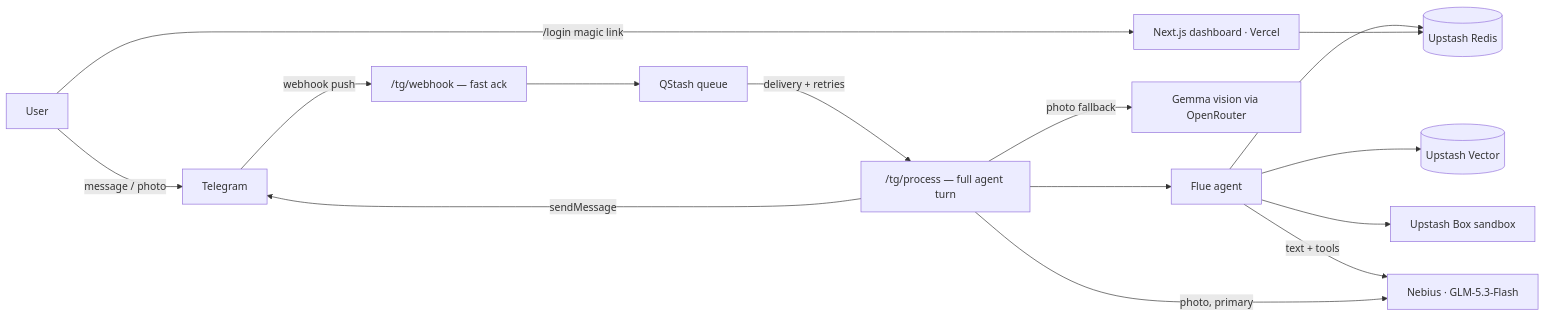
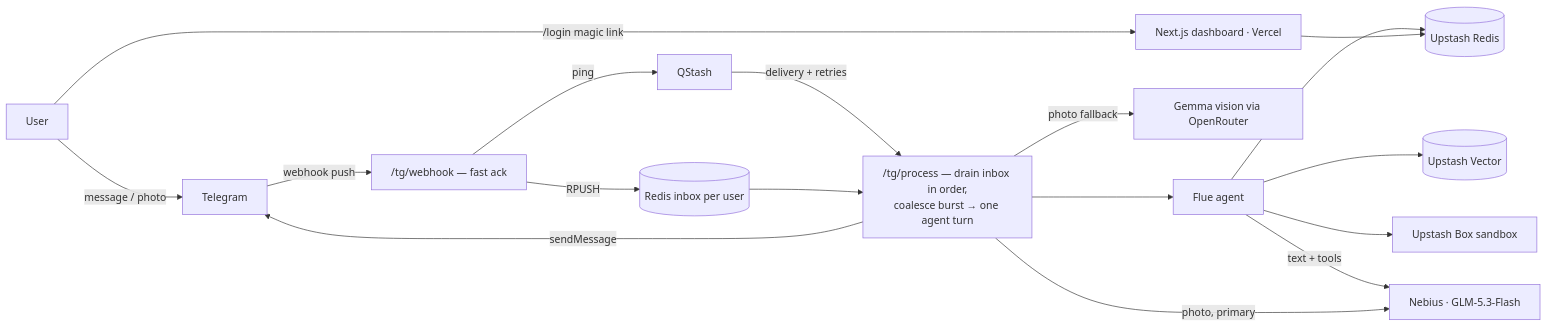
The diagram in README.md (kerandia/calorie-track-agent-harness), drawn with Mermaid before and after one commit. The commit also changed other lines of this file and 8 other files, not shown here.

First line of the commit message:
Per-user inbox + one turn per burst, photo memory, persona as Flue role

````diff
--- a/README.md
+++ b/README.md
@@ -20,17 +22,19 @@
 ```mermaid
 graph LR
   U[User] -->|message / photo| TG[Telegram]
   TG -->|webhook push| W["/tg/webhook — fast ack"]
-  W --> Q[QStash queue]
-  Q -->|delivery + retries| P["/tg/process — full agent turn"]
+  W -->|RPUSH| I[(Redis inbox per user)]
+  W -->|ping| Q[QStash]
+  Q -->|delivery + retries| P["/tg/process — drain inbox in order,<br/>coalesce burst → one agent turn"]
+  I --> P
   P --> F[Flue agent]
   F --> R[(Upstash Redis)]
   F --> V[(Upstash Vector)]
   F --> B[Upstash Box sandbox]
   F -->|text + tools| N[Nebius · GLM-5.3-Flash]
   P -->|photo, primary| N
   P -->|photo fallback| G[Gemma vision via OpenRouter]
   P -->|sendMessage| TG
   D[Next.js dashboard · Vercel] --> R
   U -->|/login magic link| D
 ```
````
